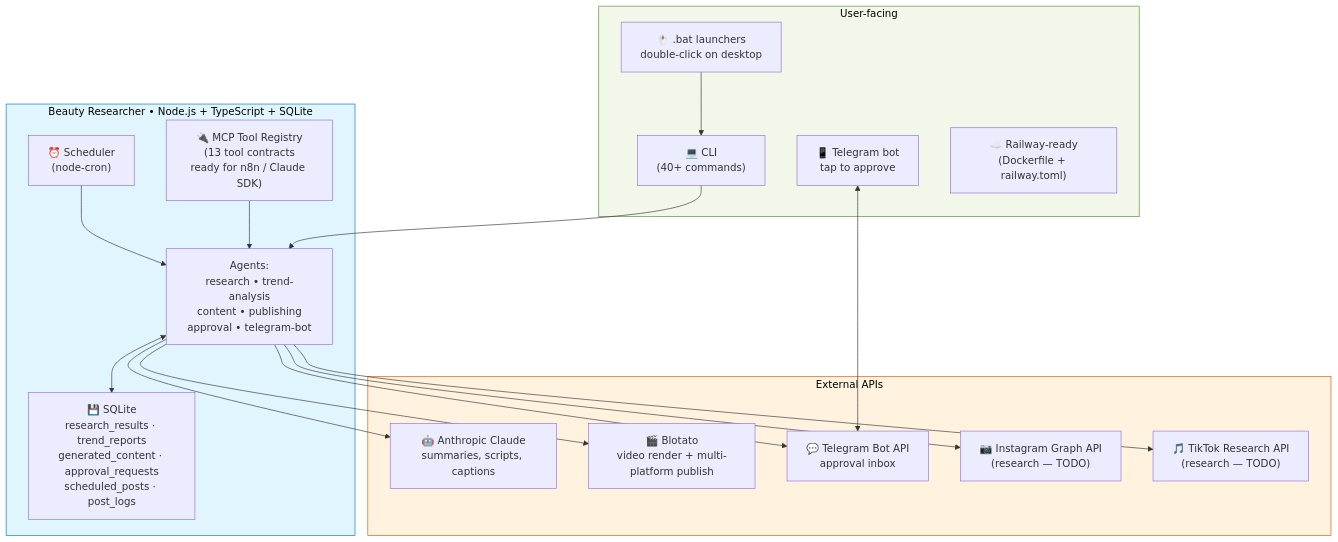
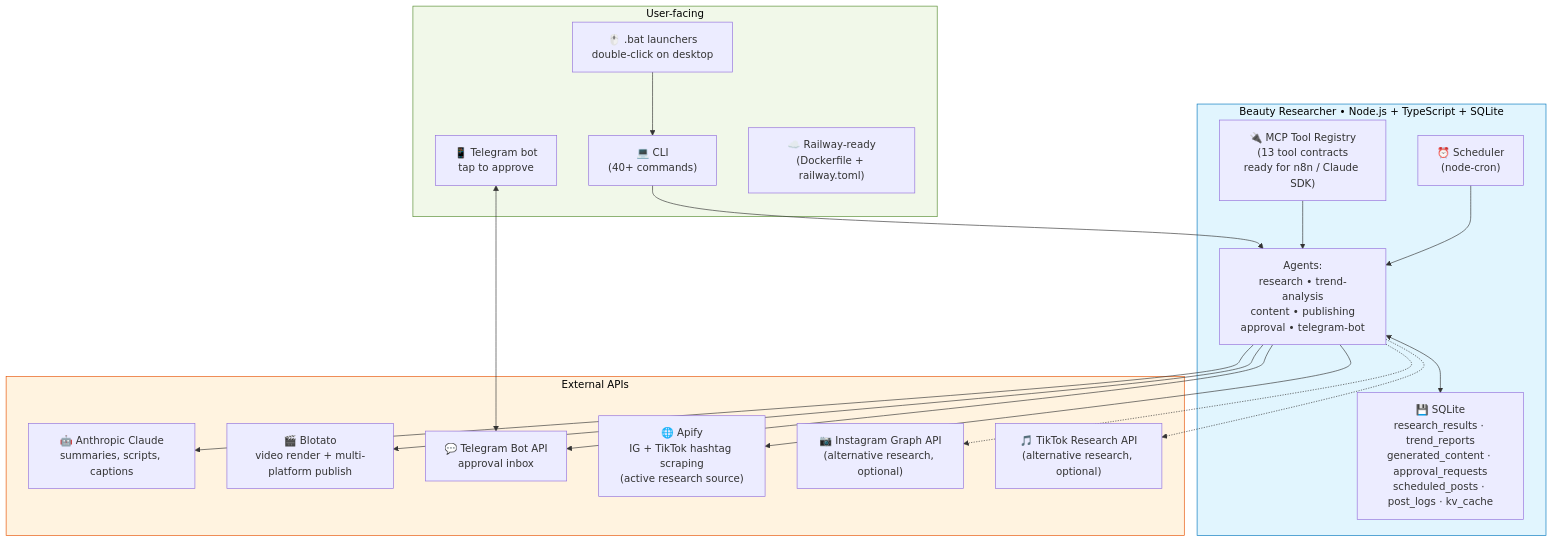
One commit to naor705/Beauty_project changed the fourth of 4 diagrams in docs/WORKFLOW_DIAGRAM.md. Above: the diagram before and after it, drawn with Mermaid. The commit also changed other lines of this file and 1 other file, not shown here.

Commit message:
Update workflow diagrams to reflect Apify + RESEARCH_PROVIDER
Diagram 2 (Pipeline):
- Layer 1 now shows Apify scrapers between Research Agent and TT/IG
- Dashed line shows the alternative direct-to-Graph-API path
- DB note adds kv_cache (used for hashtag-ID caching)

Diagram 4 (Tech Stack):
- Added Apify to External APIs (active research source)
- Removed (TODO) labels from Graph API / TikTok Research API; reframed
  as 'alternative, optional' since the project actually has both paths
  now (just one active at a time via RESEARCH_PROVIDER)
- DB list adds kv_cache
- Edge from Agents to Apify is solid; to Graph/TikTok APIs is dashed
  (alternate paths)

Same edits applied to docs/workflow-diagrams.html standalone version.

````diff
--- a/docs/WORKFLOW_DIAGRAM.md
+++ b/docs/WORKFLOW_DIAGRAM.md
@@ -144,43 +146,45 @@
 ```mermaid
 flowchart TB
     subgraph Apis["External APIs"]
         AntropicAPI["🤖 Anthropic Claude<br/>summaries, scripts, captions"]
         BlotatoAPI["🎬 Blotato<br/>video render + multi-platform publish"]
         TGAPI["💬 Telegram Bot API<br/>approval inbox"]
-        IGAPI["📷 Instagram Graph API<br/>(research — TODO)"]
-        TTAPI["🎵 TikTok Research API<br/>(research — TODO)"]
+        ApifyAPI["🌐 Apify<br/>IG + TikTok hashtag scraping<br/>(active research source)"]
+        IGAPI["📷 Instagram Graph API<br/>(alternative research, optional)"]
+        TTAPI["🎵 TikTok Research API<br/>(alternative research, optional)"]
     end
 
     subgraph Core["Beauty Researcher  •  Node.js + TypeScript + SQLite"]
         Sched["⏰ Scheduler<br/>(node-cron)"]
         Agents["Agents:<br/>research • trend-analysis<br/>content • publishing<br/>approval • telegram-bot"]
-        DB["💾 SQLite<br/>research_results · trend_reports<br/>generated_content · approval_requests<br/>scheduled_posts · post_logs"]
+        DB["💾 SQLite<br/>research_results · trend_reports<br/>generated_content · approval_requests<br/>scheduled_posts · post_logs · kv_cache"]
         MCP["🔌 MCP Tool Registry<br/>(13 tool contracts<br/>ready for n8n / Claude SDK)"]
     end
 
     subgraph UX["User-facing"]
         CLI["💻 CLI<br/>(40+ commands)"]
         Bat["🖱️ .bat launchers<br/>double-click on desktop"]
         Phone["📱 Telegram bot<br/>tap to approve"]
         Cloud["☁️ Railway-ready<br/>(Dockerfile + railway.toml)"]
     end
 
     Sched --> Agents
     Agents --> AntropicAPI
     Agents --> BlotatoAPI
-    Agents --> IGAPI
-    Agents --> TTAPI
+    Agents --> ApifyAPI
+    Agents -.-> IGAPI
+    Agents -.-> TTAPI
     Agents <--> DB
     Agents --> TGAPI
     MCP --> Agents
     CLI --> Agents
     Bat --> CLI
     Phone <--> TGAPI
 
     classDef ext fill:#FFF3E0,stroke:#E65100,color:#000;
     classDef core fill:#E1F5FE,stroke:#0277BD,color:#000;
     classDef ux fill:#F1F8E9,stroke:#558B2F,color:#000;
     class Apis ext;
     class Core core;
     class UX ux;
 ```
````
